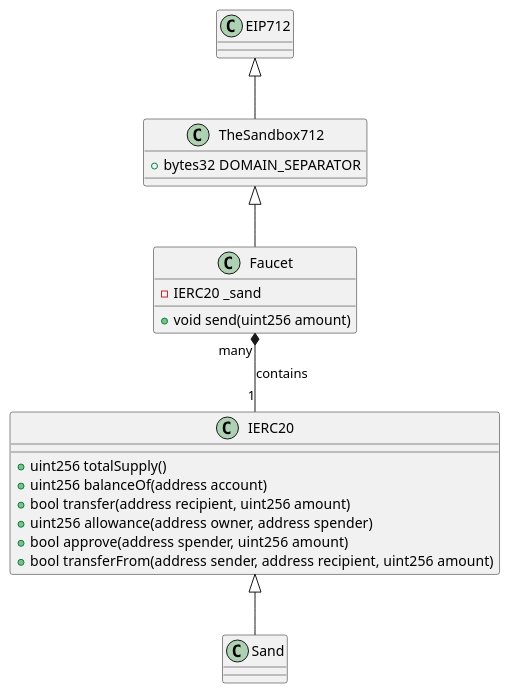
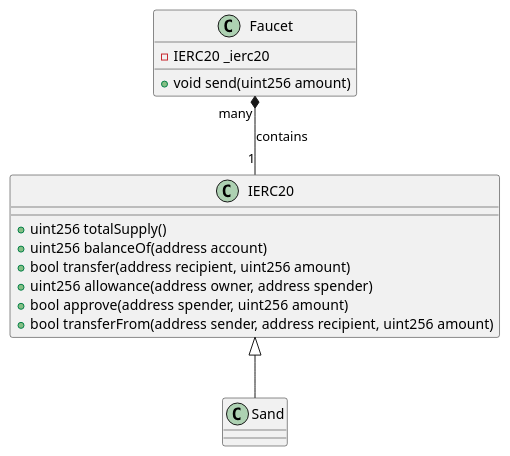
Before and after one commit to thesandboxgame/sandbox-smart-contracts: the first of 2 diagrams in docs/topics/faucet/Faucet.md, drawn with PlantUML. The commit also changed 2 other files, not shown here.

Commit message:
Fix review 2

````diff
--- a/docs/topics/faucet/Faucet.md
+++ b/docs/topics/faucet/Faucet.md
@@ -44,29 +44,20 @@
 ```plantuml
 @startuml
-EIP712 <|-- TheSandbox712
-TheSandbox712 <|-- Faucet
 IERC20 <|-- Sand
 Faucet "many" *-- "1" IERC20 : contains
 
-class EIP712 {
-}
-
-class TheSandbox712 {
-  + bytes32 DOMAIN_SEPARATOR
-}
-
 class Faucet {
-  - IERC20 _sand
+  - IERC20 _ierc20
   + void send(uint256 amount)
 }
 
 class IERC20 {
   + uint256 totalSupply() 
   + uint256 balanceOf(address account)
   + bool transfer(address recipient, uint256 amount)
   + uint256 allowance(address owner, address spender)
   + bool approve(address spender, uint256 amount)
   + bool transferFrom(address sender, address recipient, uint256 amount)
 }
 @enduml
 ```
````
